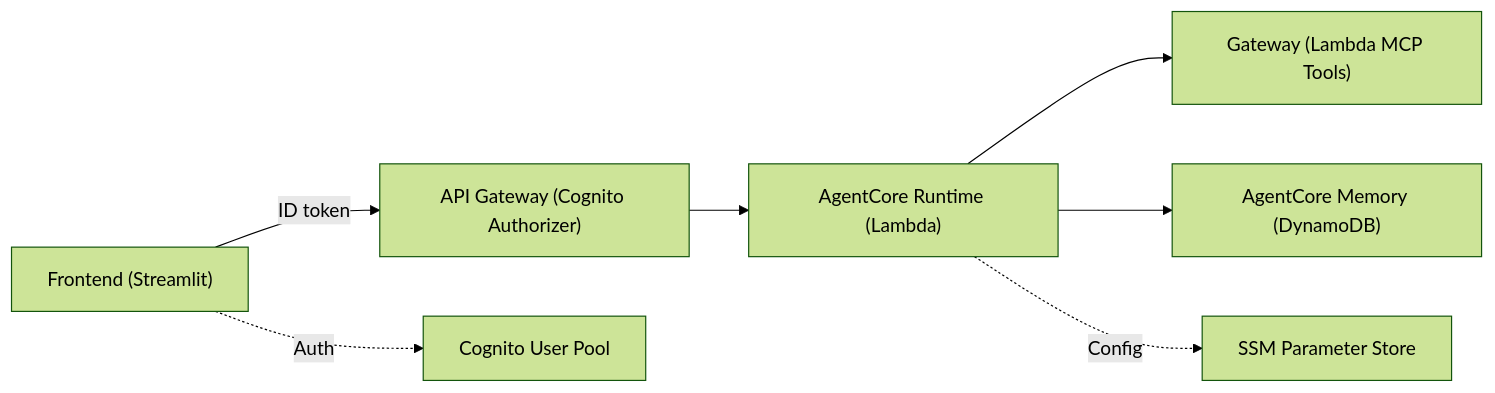
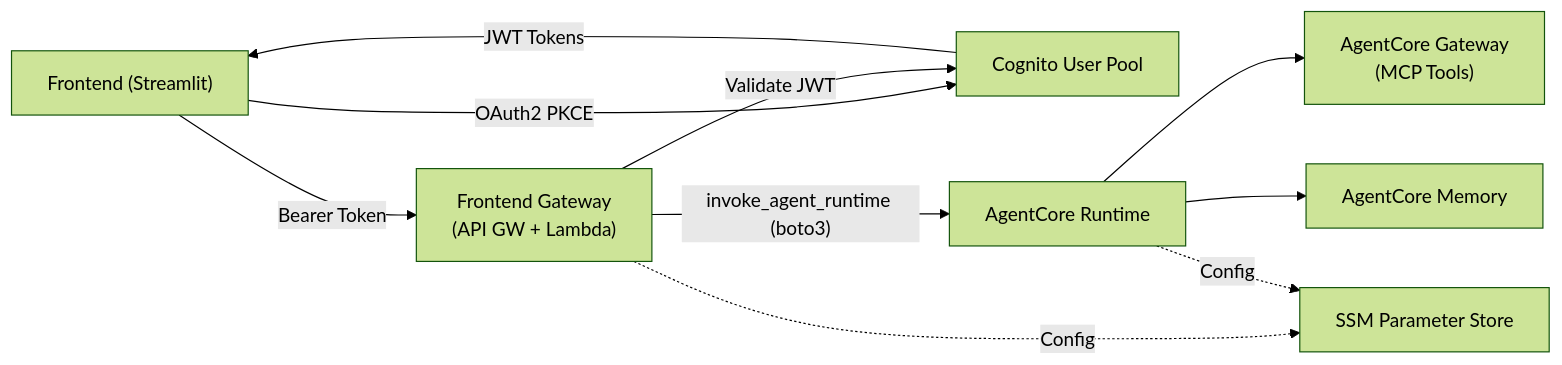
The diagram in README.md (Kornienkoal/bedrock-agentcore-infra-template), drawn with Mermaid (forest theme) before and after one commit. The commit also changed other lines of this file and 3 other files, not shown here.

Commit message:
feat: Update architecture diagrams to reflect Frontend Gateway integration and JWT validation flow (#5)

````diff
--- a/README.md
+++ b/README.md
@@ -38,9 +38,12 @@
 ```mermaid
 flowchart LR
-	FE["Frontend (Streamlit)"] -->|ID token| APIGW["API Gateway (Cognito Authorizer)"]
-	APIGW --> RUNTIME["AgentCore Runtime (Lambda)"]
-	RUNTIME --> GWT["Gateway (Lambda MCP Tools)"]
-	RUNTIME --> MEM["AgentCore Memory (DynamoDB)"]
-	FE -. "Auth" .-> COG["Cognito User Pool"]
-	RUNTIME -. "Config" .-> SSM["SSM Parameter Store"]
+	FE["Frontend (Streamlit)"] -->|OAuth2 PKCE| COG["Cognito User Pool"]
+	COG -->|JWT Tokens| FE
+	FE -->|Bearer Token| FEGW["Frontend Gateway\n(API GW + Lambda)"]
+	FEGW -->|Validate JWT| COG
+	FEGW -->|"invoke_agent_runtime (boto3)"| RUNTIME["AgentCore Runtime"]
+	RUNTIME --> GWT["AgentCore Gateway\n(MCP Tools)"]
+	RUNTIME --> MEM["AgentCore Memory"]
+	FEGW -. "Config" .-> SSM["SSM Parameter Store"]
+	RUNTIME -. "Config" .-> SSM
 ```
````
